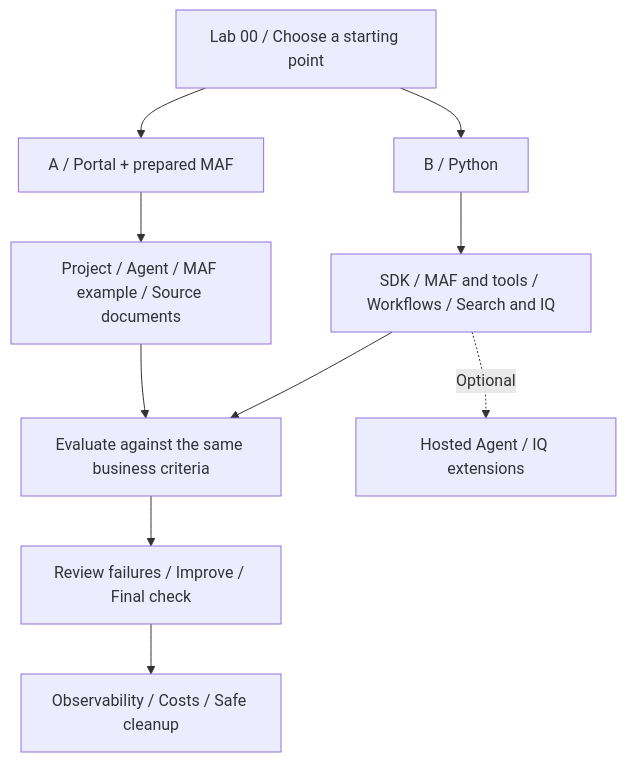
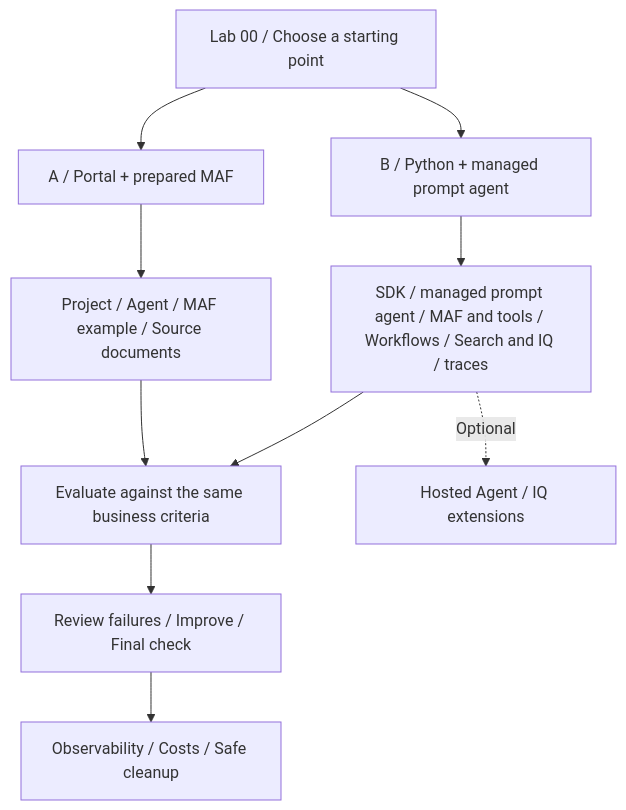
The diagram in docs/index.md (junwoojeong100/microsoft-foundry-v2-labs), drawn with Mermaid before and after one commit. The commit also changed other lines of this file and 117 other files, not shown here.

````diff
--- a/docs/index.md
+++ b/docs/index.md
@@ -56,12 +56,12 @@
 ```mermaid
 flowchart TD
     S["Lab 00 / Choose a starting point"] --> A["A / Portal + prepared MAF"]
-    S --> B["B / Python"]
+    S --> B["B / Python + managed prompt agent"]
     A --> P["Project / Agent / MAF example / Source documents"]
-    B --> C["SDK / MAF and tools / Workflows / Search and IQ"]
+    B --> C["SDK / managed prompt agent / MAF and tools / Workflows / Search and IQ / traces"]
     P --> E["Evaluate against the same business criteria"]
     C --> E
     E --> R["Review failures / Improve / Final check"]
     R --> O["Observability / Costs / Safe cleanup"]
     C -. "Optional" .-> H["Hosted Agent / IQ extensions"]
 ```
````
